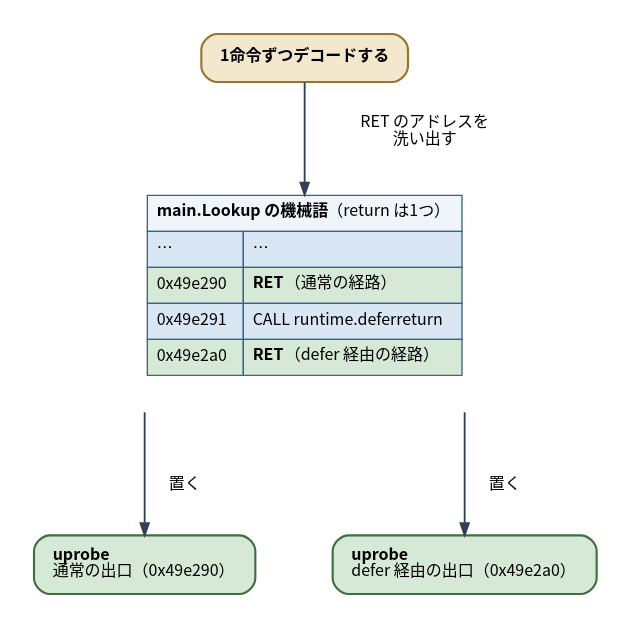
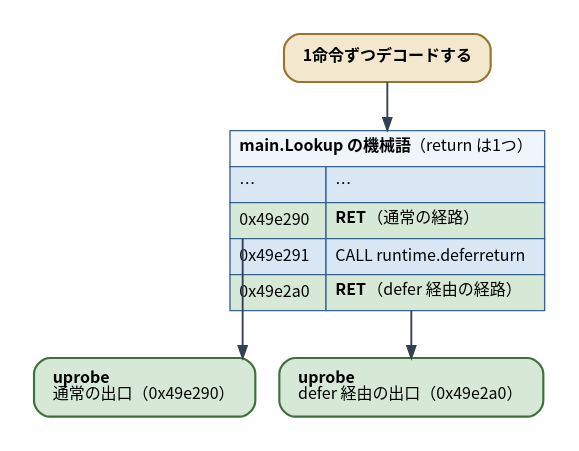
One commit to ymotongpoo/zenn.dev changed the diagram in diagrams/go-ebpf-primer/20260820-ret-uprobes.dot. Above: the diagram before and after it, drawn with Graphviz. The commit also changed 85 other files, not shown here.

First line of the commit message:
change(go-ebpf-primer): 矢印が無駄に長くなる図をlayout=dotに書き直した

```diff
--- a/diagrams/go-ebpf-primer/20260820-ret-uprobes.dot
+++ b/diagrams/go-ebpf-primer/20260820-ret-uprobes.dot
@@ -1,44 +1,39 @@
 // 全 RET 命令へのuprobe
 digraph ret_uprobes {
   graph [
-    layout=neato, inputscale=72, splines=line,
+    rankdir=TB, splines=ortho,
     fontname="Harano Aji Gothic,Noto Sans CJK JP,IPAGothic", fontsize=13,
     bgcolor="white", pad=0.25
   ];
   node [
     fontname="Harano Aji Gothic,Noto Sans CJK JP,IPAGothic", fontsize=12,
     shape=box, style="rounded,filled",
     fillcolor="#F1F5F9", color="#475569", penwidth=1.6,
     margin="0.2,0.14"
   ];
   edge [
     fontname="Harano Aji Gothic,Noto Sans CJK JP,IPAGothic", fontsize=11,
     color="#334155", penwidth=1.4, arrowsize=0.9,
     fontcolor="#1E293B"
   ];
 
-  decode [pos="300,560!", label=<<b>1命令ずつデコードする</b>>, fillcolor="#F3E8CE", color="#96742E"];
-  L0 [pos="390,505!", shape=plaintext, style="", label="RET のアドレスを\n洗い出す"];
+  decode [label=<<b>1命令ずつデコードする</b>>, fillcolor="#F3E8CE", color="#96742E"];
 
-  code [pos="300,390!", shape=plain, style="", label=<
+  code [shape=plain, style="", label=<
     <table border="0" cellborder="1" cellspacing="0" cellpadding="6" color="#38638F">
       <tr><td colspan="2" align="left" bgcolor="#EFF5FB"><b>main.Lookup の機械語</b>（return は1つ）</td></tr>
       <tr><td align="left" bgcolor="#D9E7F4">…</td><td align="left" bgcolor="#D9E7F4">…</td></tr>
-      <tr><td align="left" bgcolor="#D6E8D6">0x49e290</td><td align="left" bgcolor="#D6E8D6"><b>RET</b>（通常の経路）</td></tr>
+      <tr><td align="left" bgcolor="#D6E8D6" port="ret1">0x49e290</td><td align="left" bgcolor="#D6E8D6" port="ret1r"><b>RET</b>（通常の経路）</td></tr>
       <tr><td align="left" bgcolor="#D9E7F4">0x49e291</td><td align="left" bgcolor="#D9E7F4">CALL runtime.deferreturn</td></tr>
-      <tr><td align="left" bgcolor="#D6E8D6">0x49e2a0</td><td align="left" bgcolor="#D6E8D6"><b>RET</b>（defer 経由の経路）</td></tr>
+      <tr><td align="left" bgcolor="#D6E8D6" port="ret2">0x49e2a0</td><td align="left" bgcolor="#D6E8D6" port="ret2r"><b>RET</b>（defer 経由の経路）</td></tr>
     </table>>];
 
-  s1 [pos="180,295!", shape=point, width=0.01, style=invis];
-  s2 [pos="420,295!", shape=point, width=0.01, style=invis];
+  up1 [label=<<b>uprobe</b><br align="left"/>通常の出口（0x49e290）<br align="left"/>>, fillcolor="#D6E8D6", color="#3F6E3F"];
+  up2 [label=<<b>uprobe</b><br align="left"/>defer 経由の出口（0x49e2a0）<br align="left"/>>, fillcolor="#D6E8D6", color="#3F6E3F"];
 
-  up1 [pos="180,180!", label=<<b>uprobe</b><br align="left"/>通常の出口（0x49e290）<br align="left"/>>, fillcolor="#D6E8D6", color="#3F6E3F"];
-  up2 [pos="420,180!", label=<<b>uprobe</b><br align="left"/>defer 経由の出口（0x49e2a0）<br align="left"/>>, fillcolor="#D6E8D6", color="#3F6E3F"];
-
-  L1 [pos="210,240!", shape=plaintext, style="", label="置く"];
-  L2 [pos="450,240!", shape=plaintext, style="", label="置く"];
+  { rank=same; up1; up2; }
 
   decode -> code;
-  s1 -> up1;
-  s2 -> up2;
+  code:ret1:s -> up1;
+  code:ret2:s -> up2;
 }
```
